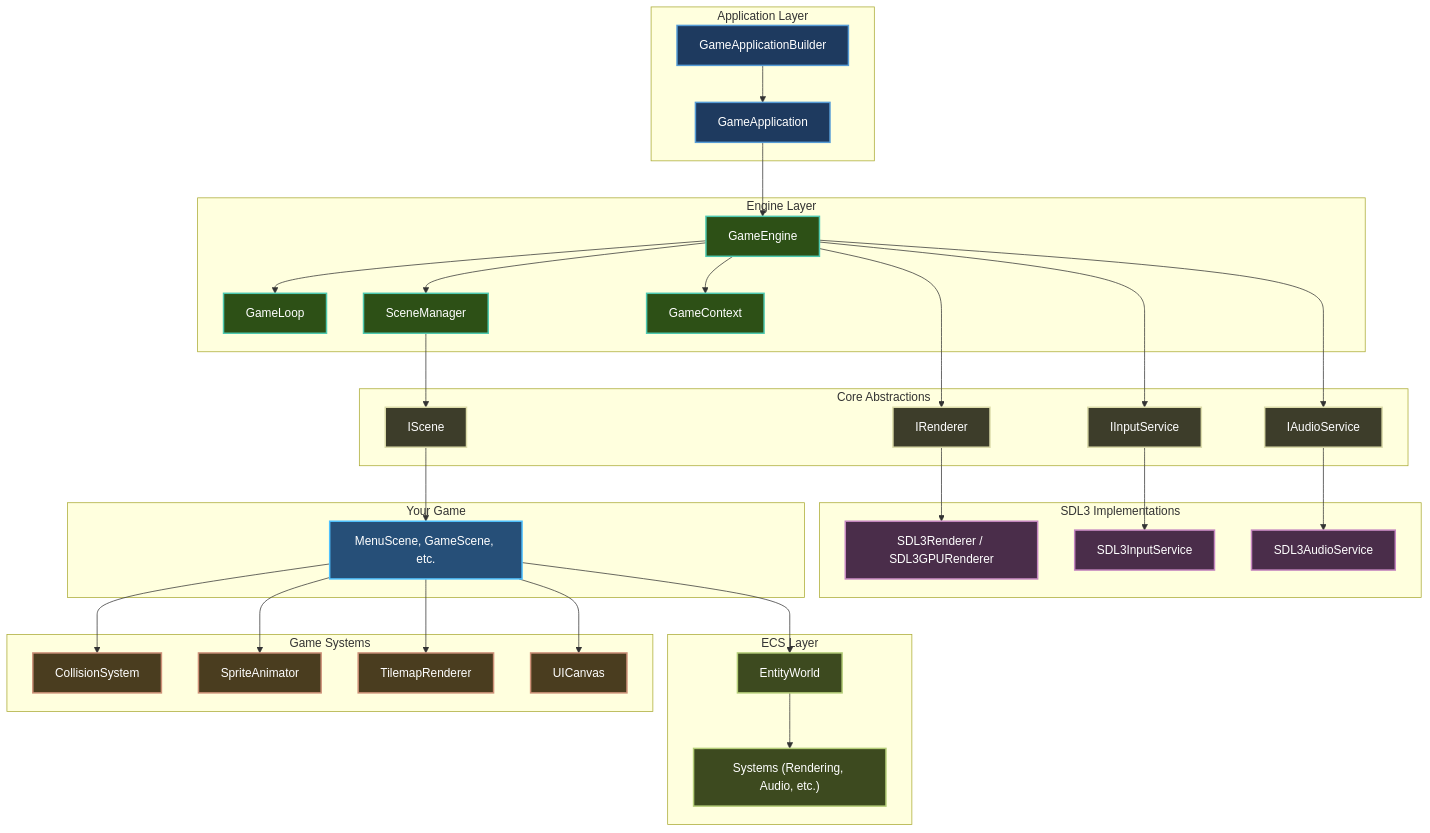
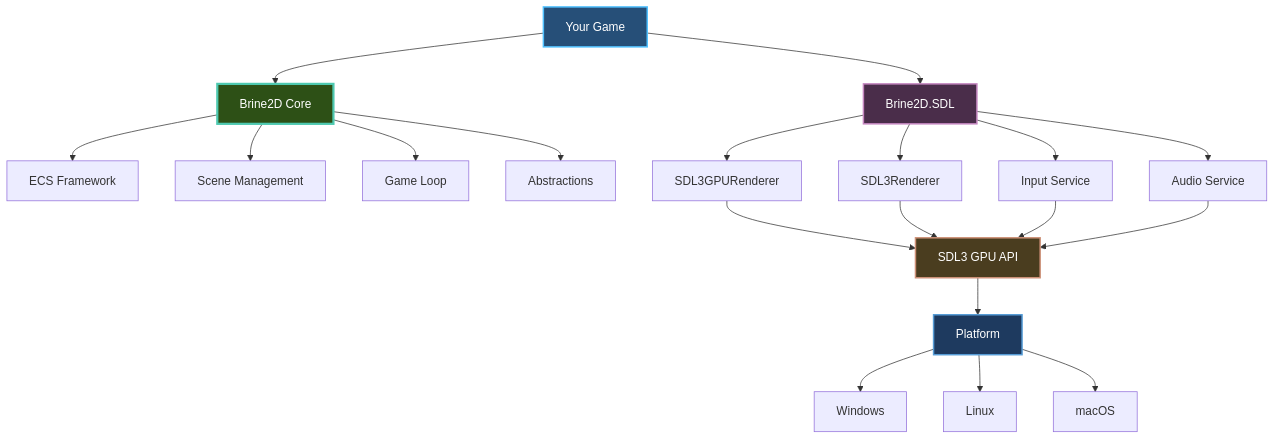
Before and after one commit to CrazyPickleStudios/Brine2D-Documentation: the first of 6 diagrams in docs/concepts/architecture.md, drawn with Mermaid. The commit also changed other lines of this file and 19 other files, not shown here.

````diff
--- a/docs/concepts/architecture.md
+++ b/docs/concepts/architecture.md
@@ -12,89 +30,31 @@
-```mermaid
+~~~mermaid
 graph TB
-    subgraph "Application Layer"
-        APP["GameApplication"]
-        BUILDER["GameApplicationBuilder"]
-    end
+    A[Your Game] --> B[Brine2D Core]
+    A --> C[Brine2D.SDL]
     
-    subgraph "Engine Layer"
-        ENGINE["GameEngine"]
-        LOOP["GameLoop"]
-        SCENEMGR["SceneManager"]
-        CONTEXT["GameContext"]
-    end
+    B --> B1[ECS Framework]
+    B --> B2[Scene Management]
+    B --> B3[Game Loop]
+    B --> B4[Abstractions]
     
-    subgraph "Core Abstractions"
-        ISCENE["IScene"]
-        IRENDERER["IRenderer"]
-        IINPUT["IInputService"]
-        IAUDIO["IAudioService"]
-    end
+    C --> C1[SDL3GPURenderer]
+    C --> C2[SDL3Renderer]
+    C --> C3[Input Service]
+    C --> C4[Audio Service]
     
-    subgraph "SDL3 Implementations"
-        SDL_RENDER["SDL3Renderer / SDL3GPURenderer"]
-        SDL_INPUT["SDL3InputService"]
-        SDL_AUDIO["SDL3AudioService"]
-    end
+    C1 --> D[SDL3 GPU API]
+    C2 --> D
+    C3 --> D
+    C4 --> D
     
-    subgraph "ECS Layer"
-        ECS["EntityWorld"]
-        SYSTEMS["Systems (Rendering, Audio, etc.)"]
-    end
+    D --> E[Platform]
+    E --> E1[Windows]
+    E --> E2[Linux]
+    E --> E3[macOS]
     
-    subgraph "Game Systems"
-        COLLISION["CollisionSystem"]
-        ANIMATION["SpriteAnimator"]
-        TILEMAP["TilemapRenderer"]
-        UI["UICanvas"]
-    end
-    
-    subgraph "Your Game"
-        SCENES["MenuScene, GameScene, etc."]
-    end
-    
-    APP --> ENGINE
-    BUILDER --> APP
-    ENGINE --> LOOP
-    ENGINE --> SCENEMGR
-    ENGINE --> CONTEXT
-    
-    SCENEMGR --> ISCENE
-    ISCENE --> SCENES
-    
-    ENGINE --> IRENDERER
-    ENGINE --> IINPUT
-    ENGINE --> IAUDIO
-    
-    IRENDERER --> SDL_RENDER
-    IINPUT --> SDL_INPUT
-    IAUDIO --> SDL_AUDIO
-    
-    SCENES --> ECS
-    ECS --> SYSTEMS
-    
-    SCENES --> COLLISION
-    SCENES --> ANIMATION
-    SCENES --> TILEMAP
-    SCENES --> UI
-
-    style APP fill:#1e3a5f,stroke:#569cd6,stroke-width:2px,color:#fff
-    style BUILDER fill:#1e3a5f,stroke:#569cd6,stroke-width:2px,color:#fff
-    style ENGINE fill:#2d5016,stroke:#4ec9b0,stroke-width:2px,color:#fff
-    style LOOP fill:#2d5016,stroke:#4ec9b0,stroke-width:2px,color:#fff
-    style SCENEMGR fill:#2d5016,stroke:#4ec9b0,stroke-width:2px,color:#fff
-    style CONTEXT fill:#2d5016,stroke:#4ec9b0,stroke-width:2px,color:#fff
-    style ISCENE fill:#3d3d2a,stroke:#dcdcaa,stroke-width:2px,color:#fff
-    style IRENDERER fill:#3d3d2a,stroke:#dcdcaa,stroke-width:2px,color:#fff
-    style IINPUT fill:#3d3d2a,stroke:#dcdcaa,stroke-width:2px,color:#fff
-    style IAUDIO fill:#3d3d2a,stroke:#dcdcaa,stroke-width:2px,color:#fff
-    style SDL_RENDER fill:#4a2d4a,stroke:#c586c0,stroke-width:2px,color:#fff
-    style SDL_INPUT fill:#4a2d4a,stroke:#c586c0,stroke-width:2px,color:#fff
-    style SDL_AUDIO fill:#4a2d4a,stroke:#c586c0,stroke-width:2px,color:#fff
-    style ECS fill:#3d4a1f,stroke:#b5ce78,stroke-width:2px,color:#fff
-    style SYSTEMS fill:#3d4a1f,stroke:#b5ce78,stroke-width:2px,color:#fff
-    style COLLISION fill:#4a3d1f,stroke:#ce9178,stroke-width:2px,color:#fff
-    style ANIMATION fill:#4a3d1f,stroke:#ce9178,stroke-width:2px,color:#fff
-    style TILEMAP fill:#4a3d1f,stroke:#ce9178,stroke-width:2px,color:#fff
-    style UI fill:#4a3d1f,stroke:#ce9178,stroke-width:2px,color:#fff
-    style SCENES fill:#264f78,stroke:#4fc1ff,stroke-width:2px,color:#fff
-```
+    style B fill:#2d5016,stroke:#4ec9b0,stroke-width:3px,color:#fff
+    style C fill:#4a2d4a,stroke:#c586c0,stroke-width:2px,color:#fff
+    style D fill:#4a3d1f,stroke:#ce9178,stroke-width:2px,color:#fff
+    style E fill:#1e3a5f,stroke:#569cd6,stroke-width:2px,color:#fff
+    style A fill:#264f78,stroke:#4fc1ff,stroke-width:2px,color:#fff
+~~~
````
